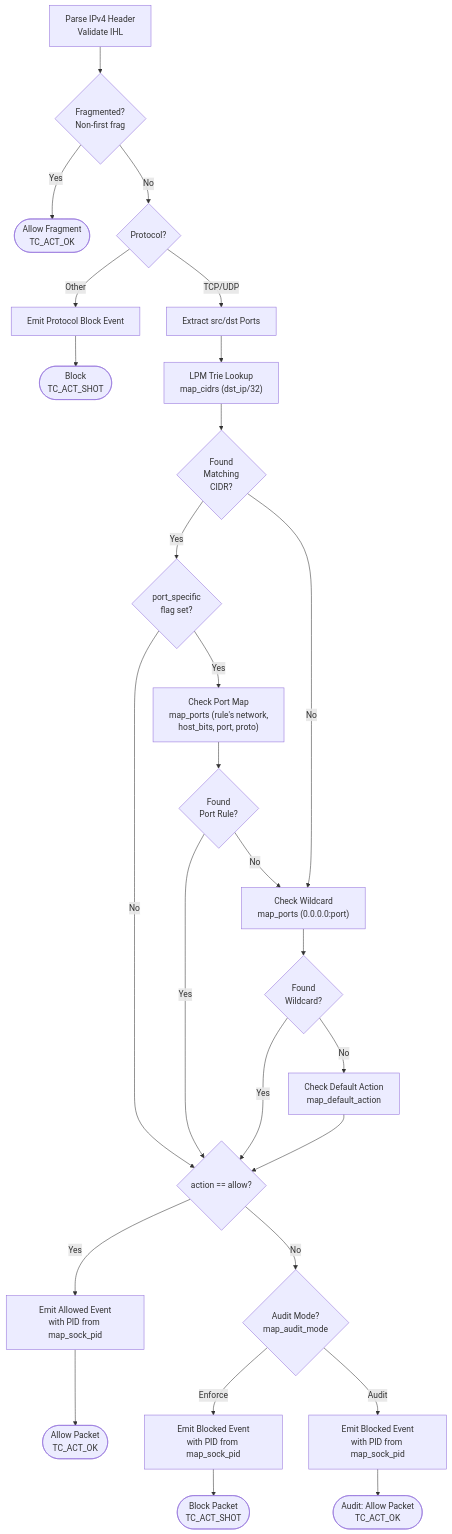
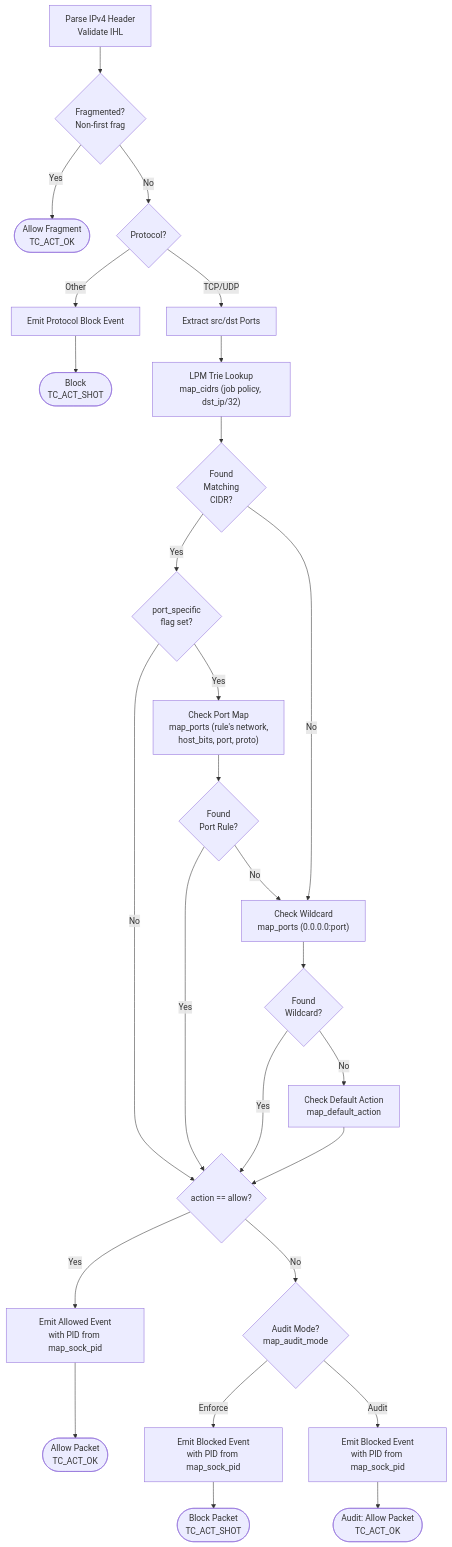
One commit to code-cargo/cargowall changed the third of 6 diagrams in design.md. Above: the diagram before and after it, drawn with Mermaid. The commit also changed other lines of this file and 19 other files, not shown here.

Commit message:
#105 Key the rule maps by policy, with the job's rules at policy 0 (#187)

````diff
--- a/design.md
+++ b/design.md
@@ -116,59 +116,59 @@
 ```mermaid
 flowchart TD
     ParseIP[Parse IPv4 Header<br/>Validate IHL]
     IsFrag{Fragmented?<br/>Non-first frag}
     AllowFrag([Allow Fragment<br/>TC_ACT_OK])
     IsTCPUDP{Protocol?}
     BlockProto[Emit Protocol Block Event]
     BlockShot([Block<br/>TC_ACT_SHOT])
     ParsePorts[Extract src/dst Ports]
 
-    LPMLookup["LPM Trie Lookup<br/>map_cidrs (dst_ip/32)"]
+    LPMLookup["LPM Trie Lookup<br/>map_cidrs (job policy, dst_ip/32)"]
     HasRule{Found<br/>Matching<br/>CIDR?}
 
     IsPortSpecific{port_specific<br/>flag set?}
     CheckPort["Check Port Map<br/>map_ports (rule's network,<br/>host_bits, port, proto)"]
     HasPortRule{Found<br/>Port Rule?}
 
     CheckWildcard["Check Wildcard<br/>map_ports (0.0.0.0:port)"]
     HasWildcard{Found<br/>Wildcard?}
 
     CheckDefault["Check Default Action<br/>map_default_action"]
     IsAllowed{action == allow?}
 
     AuditCheck{Audit Mode?<br/>map_audit_mode}
     EmitAllow[Emit Allowed Event<br/>with PID from map_sock_pid]
     EmitBlock[Emit Blocked Event<br/>with PID from map_sock_pid]
     EmitAudit[Emit Blocked Event<br/>with PID from map_sock_pid]
     Allow([Allow Packet<br/>TC_ACT_OK])
     Block([Block Packet<br/>TC_ACT_SHOT])
     AuditAllow([Audit: Allow Packet<br/>TC_ACT_OK])
 
     ParseIP --> IsFrag
     IsFrag -->|Yes| AllowFrag
     IsFrag -->|No| IsTCPUDP
     IsTCPUDP -->|Other| BlockProto
     BlockProto --> BlockShot
     IsTCPUDP -->|TCP/UDP| ParsePorts
 
     ParsePorts --> LPMLookup
     LPMLookup --> HasRule
     HasRule -->|Yes| IsPortSpecific
     HasRule -->|No| CheckWildcard
 
     IsPortSpecific -->|No| IsAllowed
     IsPortSpecific -->|Yes| CheckPort
     CheckPort --> HasPortRule
     HasPortRule -->|Yes| IsAllowed
     HasPortRule -->|No| CheckWildcard
 
     CheckWildcard --> HasWildcard
     HasWildcard -->|Yes| IsAllowed
     HasWildcard -->|No| CheckDefault
 
     CheckDefault --> IsAllowed
     IsAllowed -->|Yes| EmitAllow --> Allow
     IsAllowed -->|No| AuditCheck
     AuditCheck -->|Enforce| EmitBlock --> Block
     AuditCheck -->|Audit| EmitAudit --> AuditAllow
 ```
````
